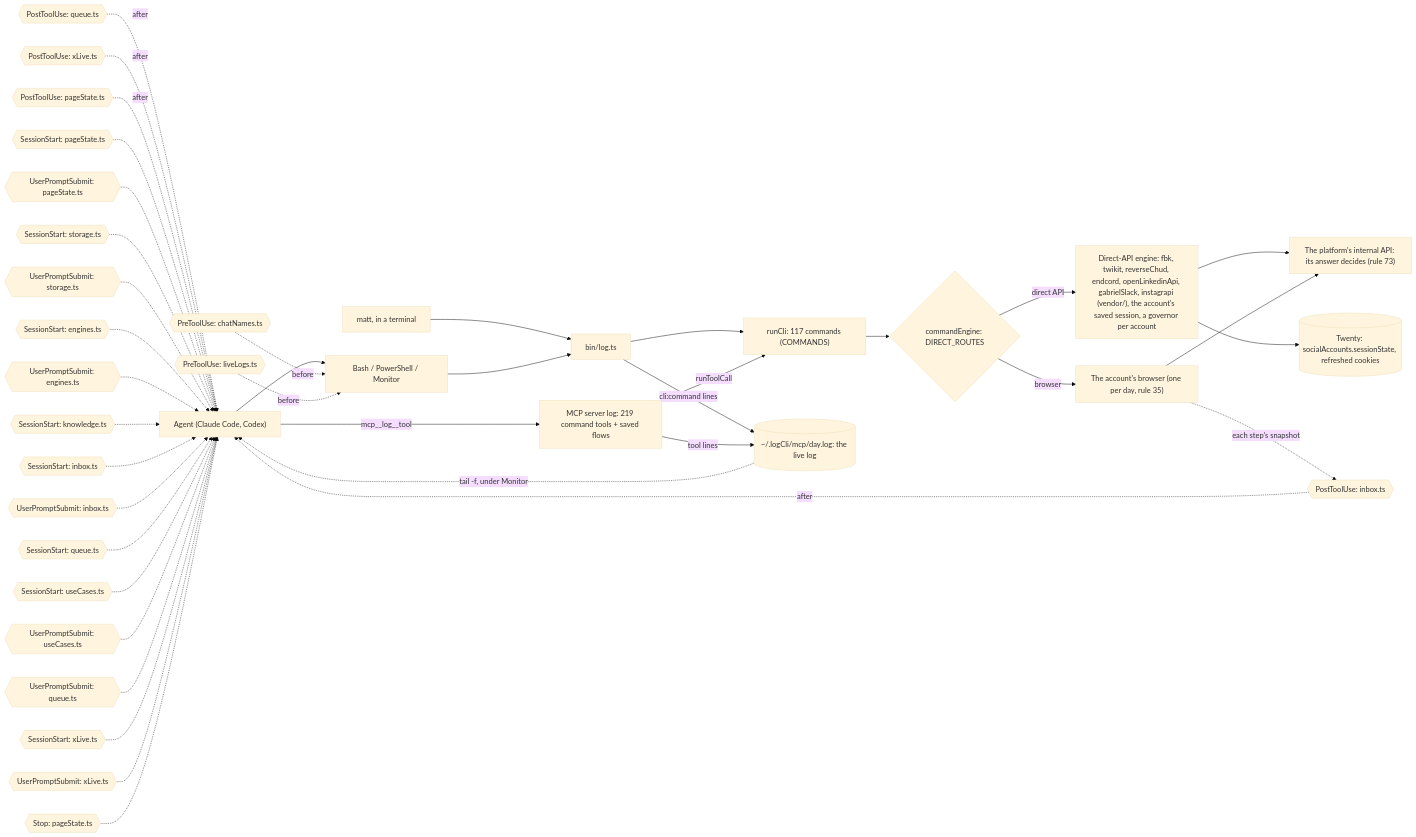
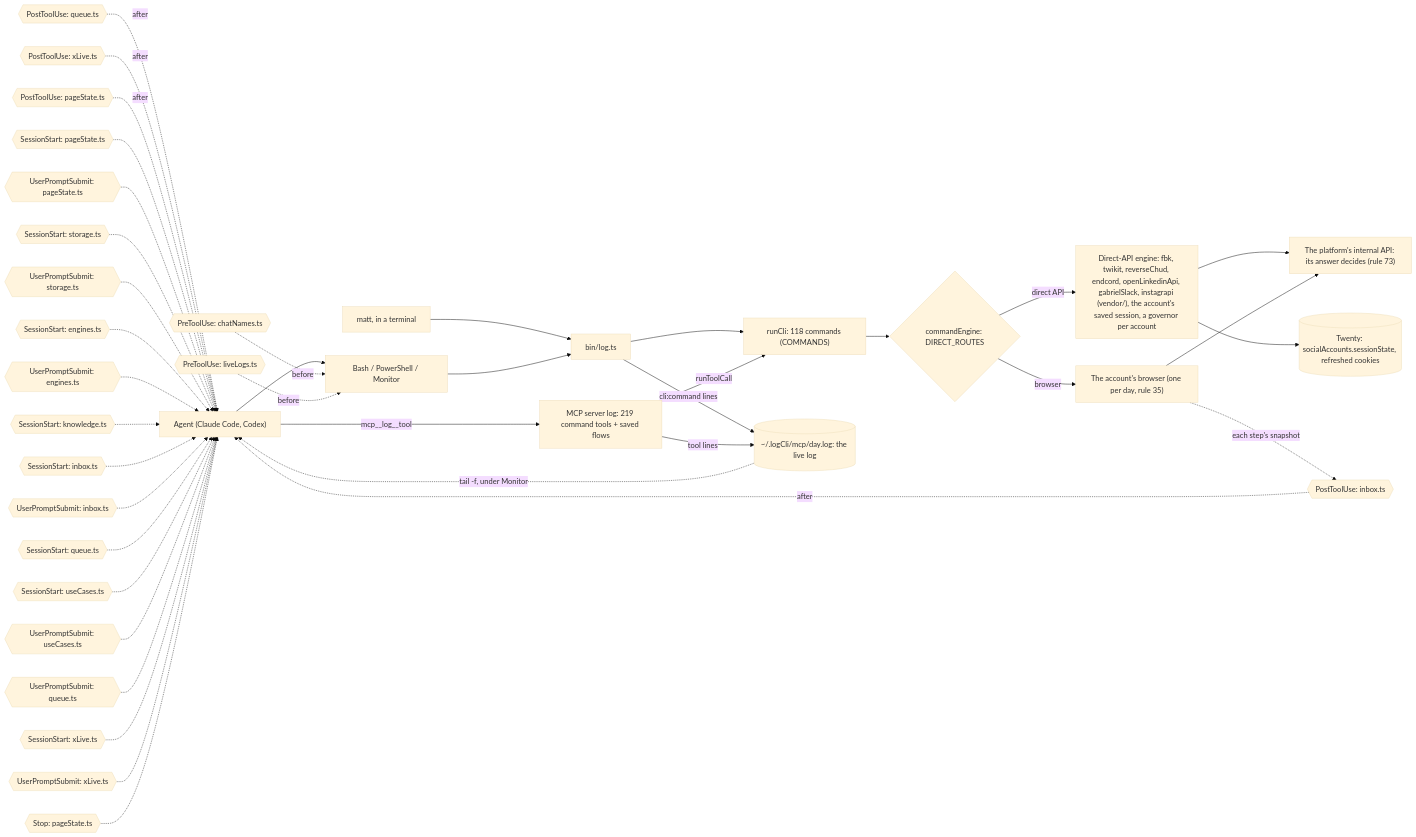
The diagram in docs/diagrams/surface.mmd (matthewdonsemail-lab/log), drawn with Mermaid (base theme) before and after one commit. The commit also changed 66 other files, not shown here.

```diff
--- a/docs/diagrams/surface.mmd
+++ b/docs/diagrams/surface.mmd
@@ -1,53 +1,53 @@
 %% How a call reaches log-cli. From a shell or over MCP, both run the same commands through `runCli`, write the same live log, and pass through the same hooks. `commandEngine` sends each command to the platform's direct API or to the account's browser.
 %% Written by `bun run docs:build` from the code (rule 56). Not edited by hand.
 flowchart LR
   agent["Agent (Claude Code, Codex)"]
   matt["matt, in a terminal"]
   shell["Bash / PowerShell / Monitor"]
   mcp["MCP server log: 219 command tools + saved flows"]
   bin["bin/log.ts"]
-  runCli["runCli: 117 commands (COMMANDS)"]
+  runCli["runCli: 118 commands (COMMANDS)"]
   live[("~/.logCli/mcp/day.log: the live log")]
   engine{"commandEngine: DIRECT_ROUTES"}
   direct["Direct-API engine: fbk, twikit, reverseChud, endcord, openLinkedinApi, gabrielSlack, instagrapi (vendor/), the account's saved session, a governor per account"]
   browser["The account's browser (one per day, rule 35)"]
   api["The platform's internal API: its answer decides (rule 73)"]
   twenty[("Twenty: socialAccounts.sessionState, refreshed cookies")]
   agent --> shell
   matt --> bin
   shell --> bin
   agent -->|mcp__log__tool| mcp
   bin --> runCli
   mcp -->|runToolCall| runCli
   runCli --> engine
   engine -->|direct API| direct
   engine -->|browser| browser
   direct --> api
   browser --> api
   direct --> twenty
   bin -->|cli:command lines| live
   mcp -->|tool lines| live
   live -.->|tail -f, under Monitor| agent
   pre0{{"PreToolUse: chatNames.ts"}} -.->|before| shell
   pre1{{"PreToolUse: liveLogs.ts"}} -.->|before| shell
   post0{{"PostToolUse: inbox.ts"}} -.->|after| agent
   post1{{"PostToolUse: queue.ts"}} -.->|after| agent
   post2{{"PostToolUse: xLive.ts"}} -.->|after| agent
   post3{{"PostToolUse: pageState.ts"}} -.->|after| agent
   turn0{{"SessionStart: pageState.ts"}} -.-> agent
   turn1{{"UserPromptSubmit: pageState.ts"}} -.-> agent
   turn2{{"SessionStart: storage.ts"}} -.-> agent
   turn3{{"UserPromptSubmit: storage.ts"}} -.-> agent
   turn4{{"SessionStart: engines.ts"}} -.-> agent
   turn5{{"UserPromptSubmit: engines.ts"}} -.-> agent
   turn6{{"SessionStart: knowledge.ts"}} -.-> agent
   turn7{{"SessionStart: inbox.ts"}} -.-> agent
   turn8{{"UserPromptSubmit: inbox.ts"}} -.-> agent
   turn9{{"SessionStart: queue.ts"}} -.-> agent
   turn10{{"SessionStart: useCases.ts"}} -.-> agent
   turn11{{"UserPromptSubmit: useCases.ts"}} -.-> agent
   turn12{{"UserPromptSubmit: queue.ts"}} -.-> agent
   turn13{{"SessionStart: xLive.ts"}} -.-> agent
   turn14{{"UserPromptSubmit: xLive.ts"}} -.-> agent
   turn15{{"Stop: pageState.ts"}} -.-> agent
   browser -.->|each step's snapshot| post0
```
